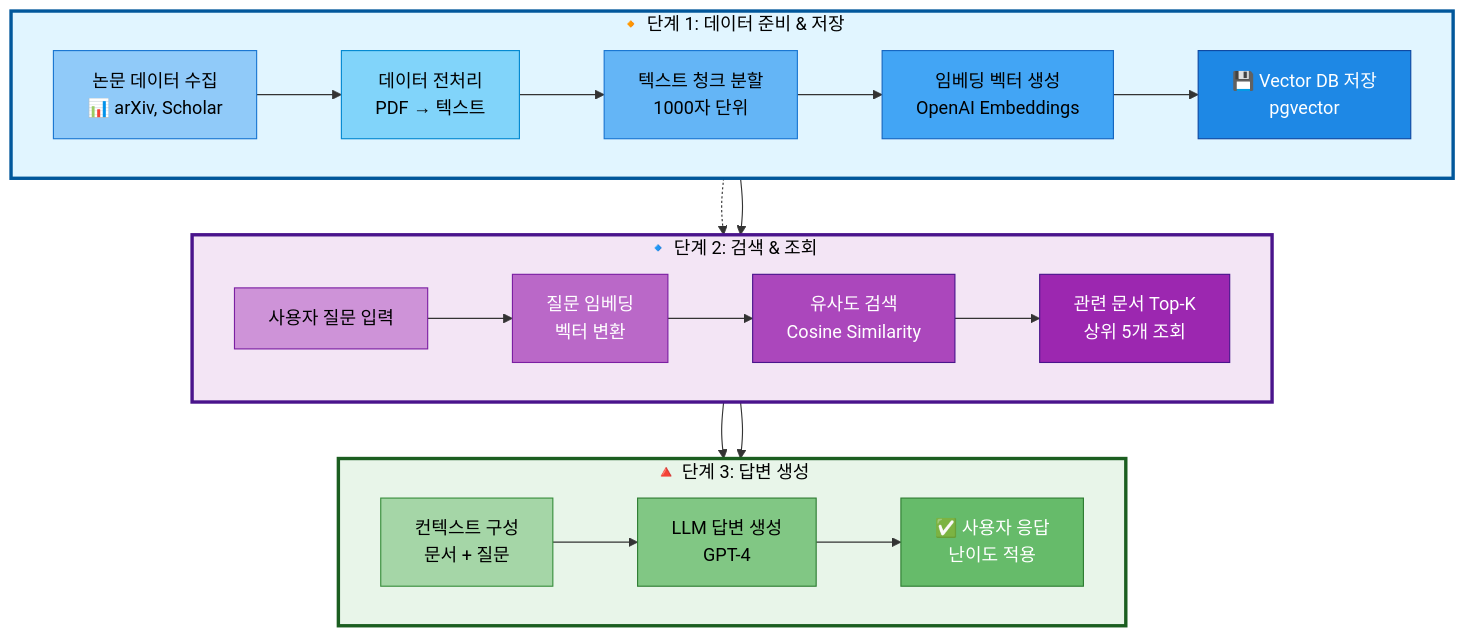
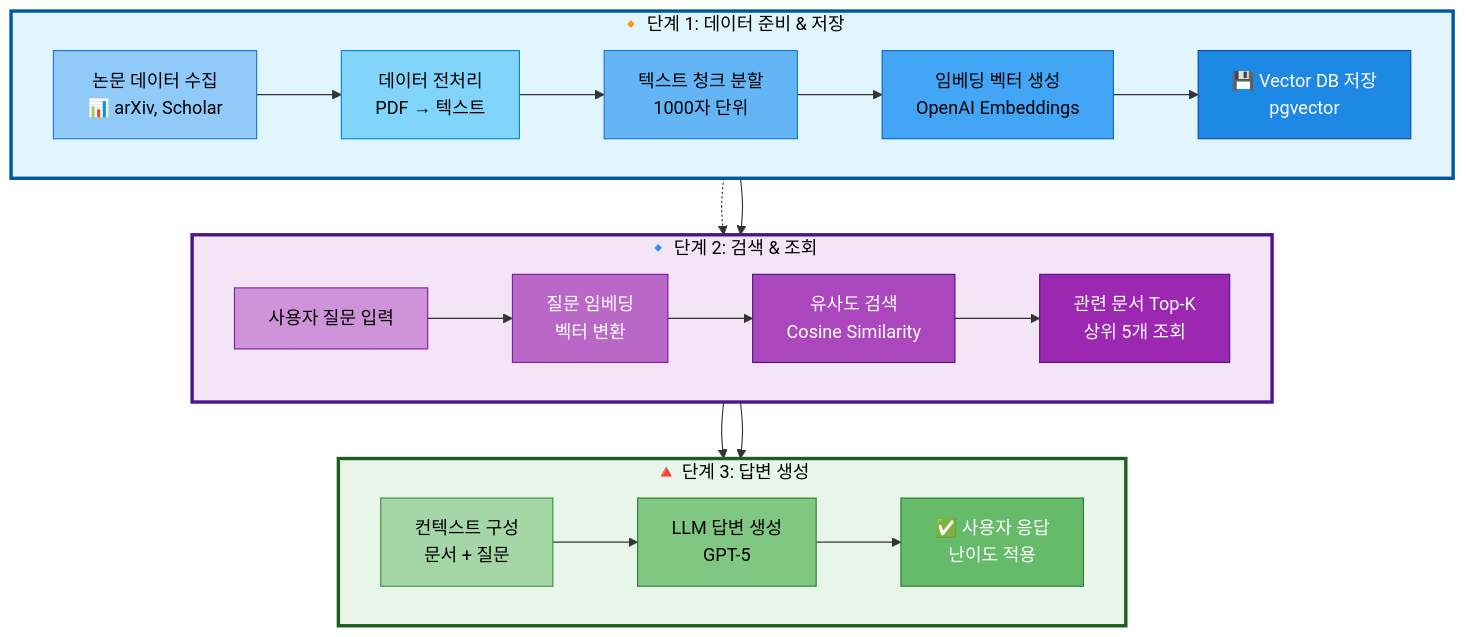
Before and after one commit to AIBootcamp14/langchainproject-new-langchainproject_5: the diagram in docs/PRD/자료조사_04_RAG_시스템.md, drawn with Mermaid.

Commit message:
docs: 자료조사_RAG_시스템 LLM 모델명 업데이트
OpenAI 모델명 변경
- GPT-4 → GPT-5 (설명)

````diff
--- a/docs/PRD/자료조사_04_RAG_시스템.md
+++ b/docs/PRD/자료조사_04_RAG_시스템.md
@@ -42,52 +42,52 @@
 ```mermaid
 graph TB
     subgraph Prepare["🔸 단계 1: 데이터 준비 & 저장"]
         direction LR
         A[논문 데이터 수집<br/>📊 arXiv, Scholar] --> B[데이터 전처리<br/>PDF → 텍스트]
         B --> C[텍스트 청크 분할<br/>1000자 단위]
         C --> D[임베딩 벡터 생성<br/>OpenAI Embeddings]
         D --> E[💾 Vector DB 저장<br/>pgvector]
     end
 
     subgraph Search["🔹 단계 2: 검색 & 조회"]
         direction LR
         F[사용자 질문 입력] --> G[질문 임베딩<br/>벡터 변환]
         G --> H[유사도 검색<br/>Cosine Similarity]
         H --> I[관련 문서 Top-K<br/>상위 5개 조회]
     end
 
     subgraph Generate["🔺 단계 3: 답변 생성"]
         direction LR
-        J[컨텍스트 구성<br/>문서 + 질문] --> K[LLM 답변 생성<br/>GPT-4]
+        J[컨텍스트 구성<br/>문서 + 질문] --> K[LLM 답변 생성<br/>GPT-5]
         K --> L[✅ 사용자 응답<br/>난이도 적용]
     end
 
     %% 단계 간 연결
     Prepare --> Search
     Search --> Generate
     E -.-> H
     I --> J
 
     %% Subgraph 스타일
     style Prepare fill:#e1f5ff,stroke:#01579b,stroke-width:3px,color:#000
     style Search fill:#f3e5f5,stroke:#4a148c,stroke-width:3px,color:#000
     style Generate fill:#e8f5e9,stroke:#1b5e20,stroke-width:3px,color:#000
 
     %% 노드 스타일 (데이터 준비 - 파랑 계열)
     style A fill:#90caf9,stroke:#1976d2,color:#000
     style B fill:#81d4fa,stroke:#0288d1,color:#000
     style C fill:#64b5f6,stroke:#1976d2,color:#000
     style D fill:#42a5f5,stroke:#1565c0,color:#000
     style E fill:#1e88e5,stroke:#0d47a1,color:#fff
 
     %% 노드 스타일 (검색 - 보라 계열)
     style F fill:#ce93d8,stroke:#7b1fa2,color:#000
     style G fill:#ba68c8,stroke:#7b1fa2,color:#fff
     style H fill:#ab47bc,stroke:#4a148c,color:#fff
     style I fill:#9c27b0,stroke:#4a148c,color:#fff
 
     %% 노드 스타일 (답변 생성 - 녹색 계열)
     style J fill:#a5d6a7,stroke:#388e3c,color:#000
     style K fill:#81c784,stroke:#2e7d32,color:#000
     style L fill:#66bb6a,stroke:#2e7d32,color:#fff
 ```
````
